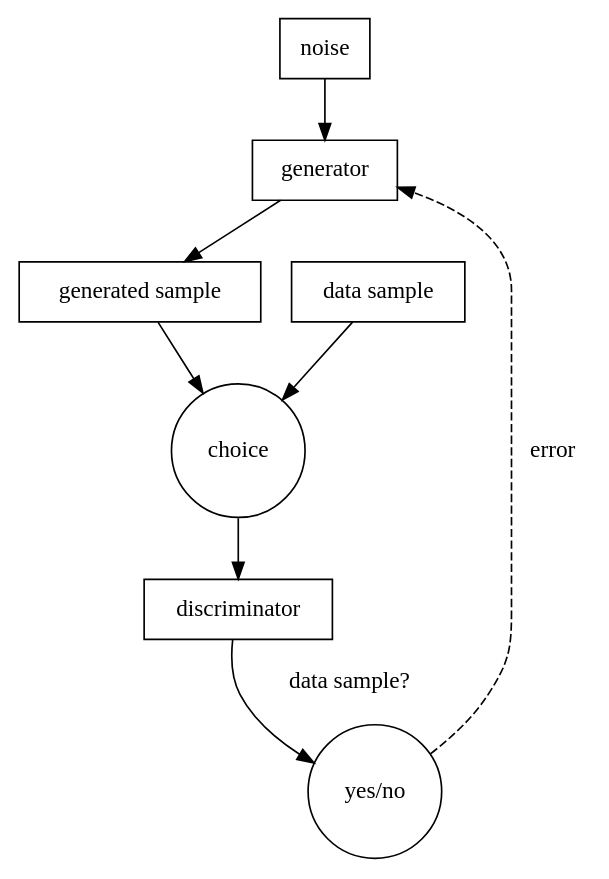
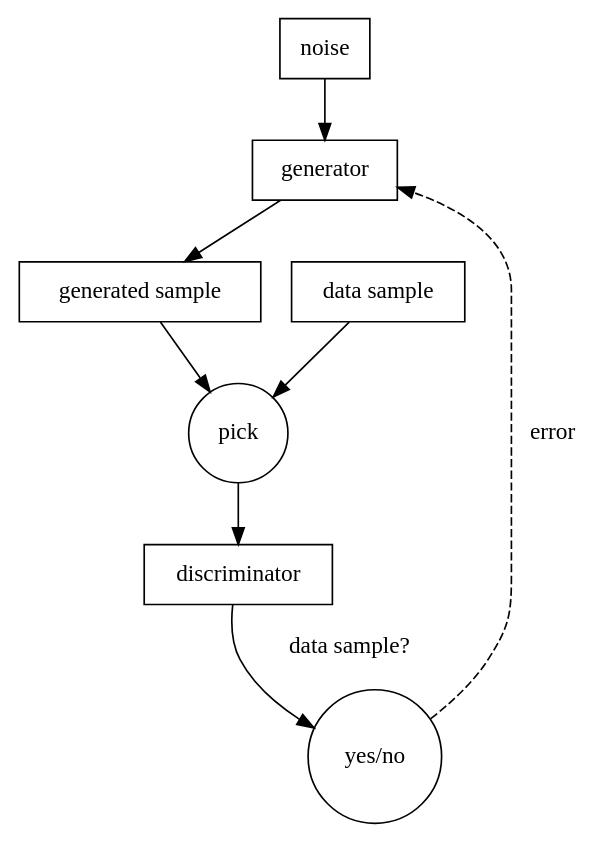
The diagram in notebook.org (gahag-notes/machine-learning), drawn with Graphviz before and after one commit. The commit also changed other lines of this file and 3 other files, not shown here.

```diff
--- a/notebook.org
+++ b/notebook.org
@@ -540,19 +540,19 @@
    #+begin_src dot :file images/gan.svg :exports results
      digraph G {
        node[shape=box];
        noise;
        generator;
        "generated sample";
        "data sample";
-       choice[shape=circle];
+       pick[shape=circle];
        "yes/no"[shape=circle];
 
        noise -> generator;
        generator -> "generated sample";
-       "generated sample" -> choice;
-       "data sample" -> choice;
-       choice -> discriminator;
+       "generated sample" -> pick;
+       "data sample" -> pick;
+       pick -> discriminator;
        discriminator -> "yes/no" [ label="    data sample?        " ];
        "yes/no" -> generator [ label="  error", style="dashed" ];
      }
    #+end_src
```
